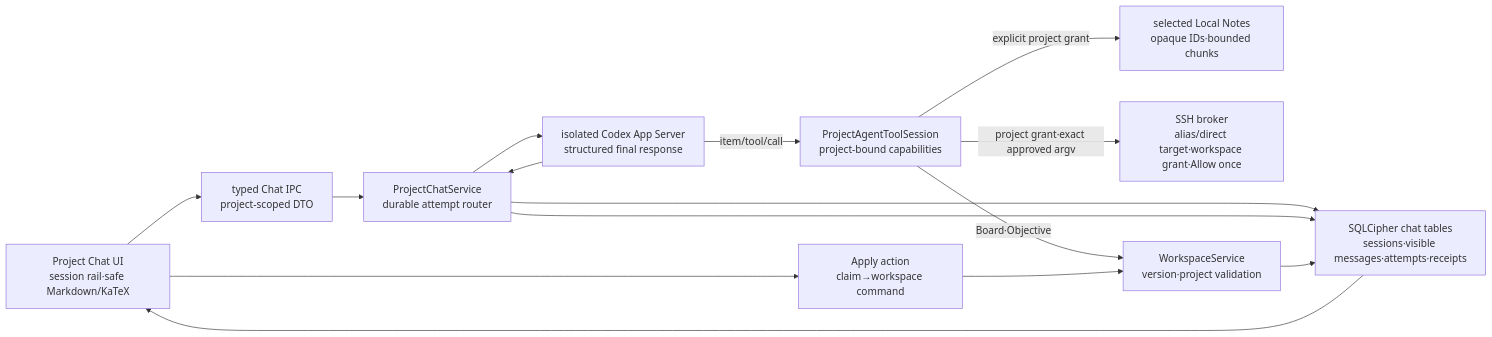
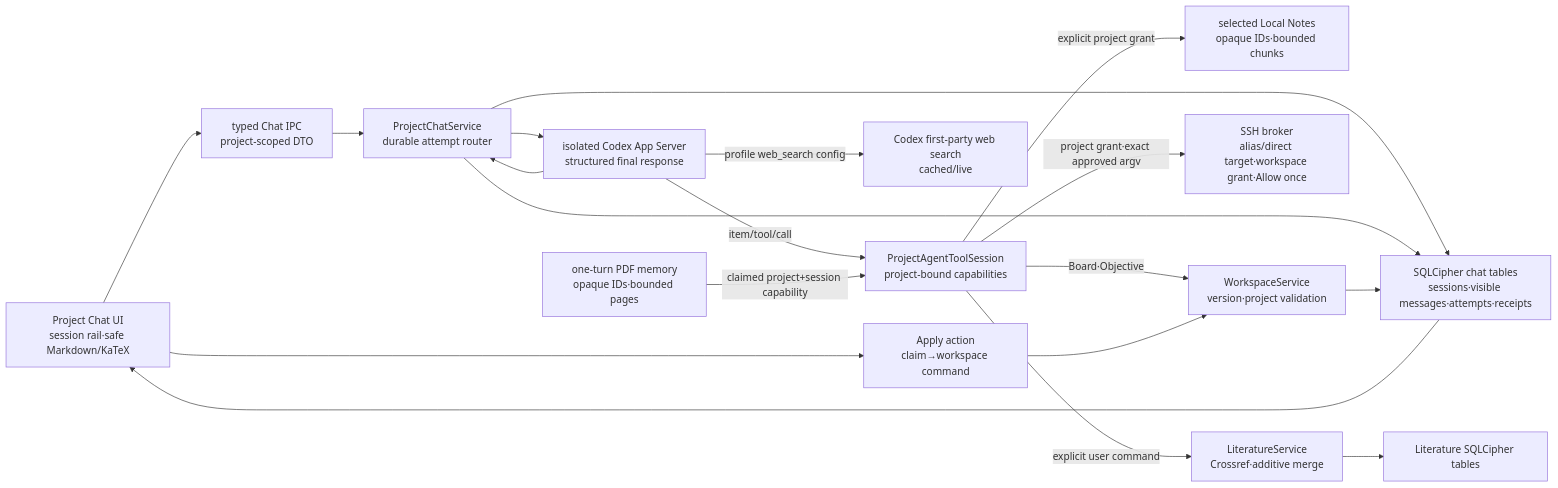
Before and after one commit to gli-minsuk-shin/GOSU: the fifth of 6 diagrams in docs/ARCHITECTURE.md, drawn with Mermaid. The commit also changed other lines of this file and 39 other files, not shown here.

````diff
--- a/docs/ARCHITECTURE.md
+++ b/docs/ARCHITECTURE.md
@@ -719,24 +782,31 @@
 ```mermaid
 flowchart LR
   ChatUI["Project Chat UI\nsession rail·safe Markdown/KaTeX"]
   ChatIPC["typed Chat IPC\nproject-scoped DTO"]
   ChatService["ProjectChatService\ndurable attempt router"]
   ToolGateway["ProjectAgentToolSession\nproject-bound capabilities"]
   Codex["isolated Codex App Server\nstructured final response"]
   Vault["selected Local Notes\nopaque IDs·bounded chunks"]
+  Pdf["one-turn PDF memory\nopaque IDs·bounded pages"]
+  Literature["LiteratureService\nCrossref·additive merge"]
+  LiteratureDB["Literature SQLCipher tables"]
+  Web["Codex first-party web search\ncached/live"]
   SSH["SSH broker\nalias/direct target·workspace grant·Allow once"]
   ChatDB["SQLCipher chat tables\nsessions·visible messages·attempts·receipts"]
   Approval["Apply action\nclaim→workspace command"]
   Workspace["WorkspaceService\nversion·project validation"]
 
   ChatUI --> ChatIPC --> ChatService --> ChatDB
   ChatService --> Codex
   Codex -->|"item/tool/call"| ToolGateway
   ToolGateway -->|"Board·Objective"| Workspace
   ToolGateway -->|"explicit project grant"| Vault
+  Pdf -->|"claimed project+session capability"| ToolGateway
+  ToolGateway -->|"explicit user command"| Literature --> LiteratureDB
   ToolGateway -->|"project grant·exact approved argv"| SSH
+  Codex -->|"profile web_search config"| Web
   Codex --> ChatService --> ChatDB
   ChatDB --> ChatUI
   ChatUI --> Approval --> Workspace
   Workspace --> ChatDB
 ```
````
